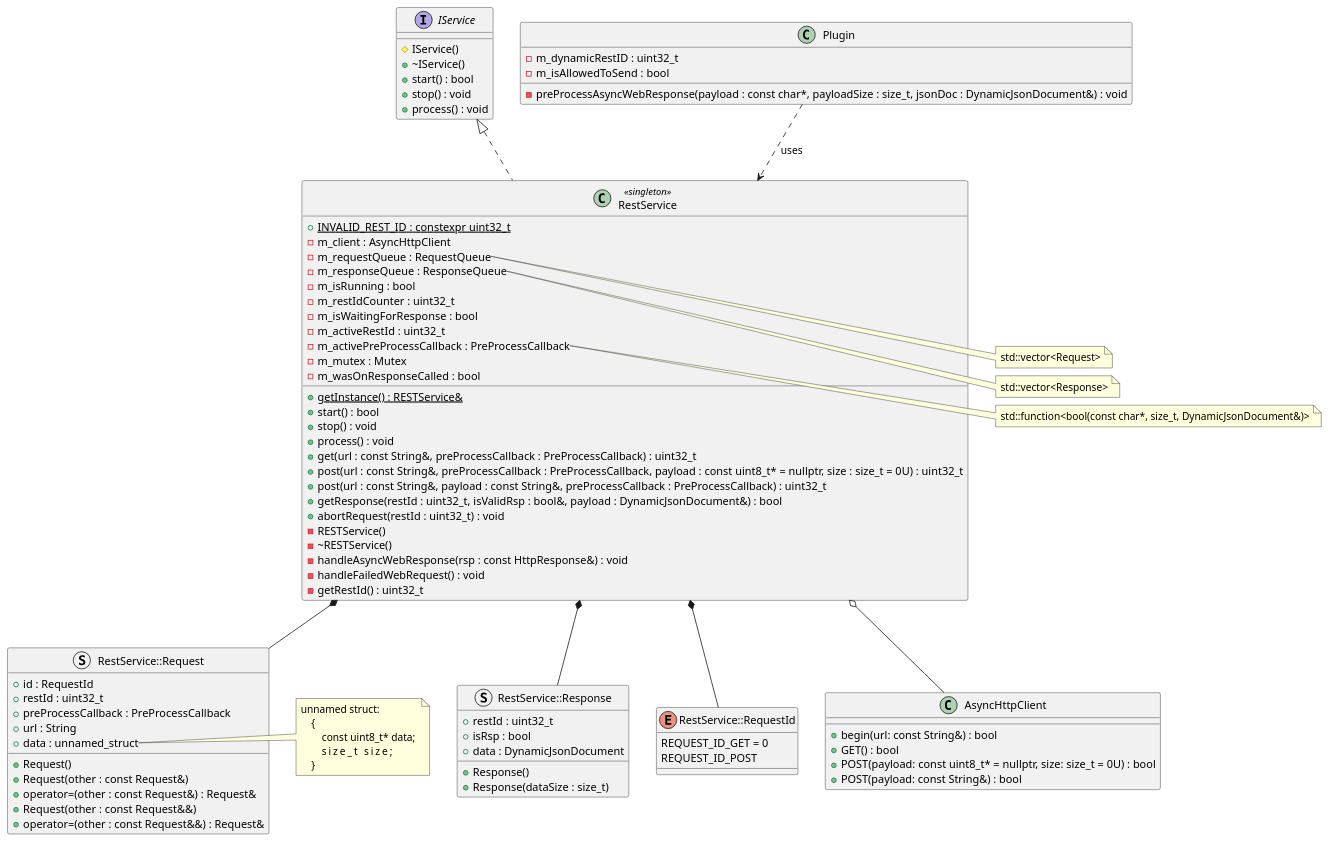
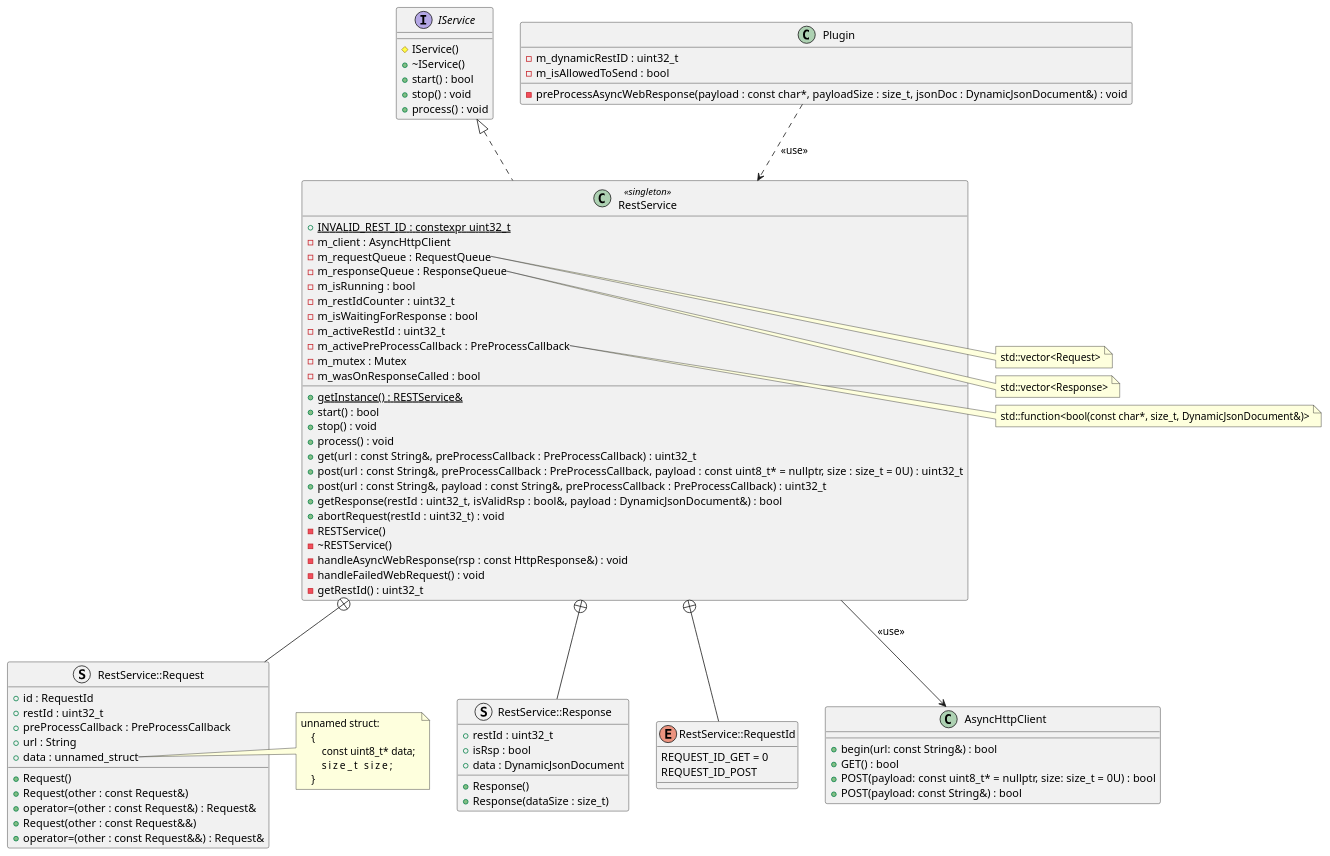
The diagram in doc/architecture/uml/rest_service.wsd (manmuqingshan/Pixelix), drawn with PlantUML before and after one commit. The commit also changed 2 other files, not shown here.

Commit message:
UML adjustments

```diff
--- a/doc/architecture/uml/rest_service.wsd
+++ b/doc/architecture/uml/rest_service.wsd
@@ -1,112 +1,112 @@
 @startuml RestService
 
 struct "RestService::Request" as Request
 
 interface IService{
     # IService()
     + ~IService()
     + start() : bool
     + stop() : void
     + process() : void
 }
 
 class RestService <<singleton>> {
     + {static} INVALID_REST_ID : constexpr uint32_t
     - m_client : AsyncHttpClient
     - m_requestQueue : RequestQueue
     - m_responseQueue : ResponseQueue
     - m_isRunning : bool
     - m_restIdCounter : uint32_t
     - m_isWaitingForResponse : bool
     - m_activeRestId : uint32_t
     - m_activePreProcessCallback : PreProcessCallback
     - m_mutex : Mutex
     - m_wasOnResponseCalled : bool
     + {static} getInstance() : RESTService&
     + start() : bool
     + stop() : void
     + process() : void
     + get(url : const String&, preProcessCallback : PreProcessCallback) : uint32_t
     + post(url : const String&, preProcessCallback : PreProcessCallback, payload : const uint8_t* = nullptr, size : size_t = 0U) : uint32_t
     + post(url : const String&, payload : const String&, preProcessCallback : PreProcessCallback) : uint32_t
     + getResponse(restId : uint32_t, isValidRsp : bool&, payload : DynamicJsonDocument&) : bool
     + abortRequest(restId : uint32_t) : void
     - RESTService()
     - ~RESTService()
     - handleAsyncWebResponse(rsp : const HttpResponse&) : void
     - handleFailedWebRequest() : void
     - getRestId() : uint32_t
 }
 
 note right of RestService::m_requestQueue
     std::vector<Request>
 end note
 
 note right of RestService::m_responseQueue
     std::vector<Response>
 end note
 
 note right of RestService::m_activePreProcessCallback
     std::function<bool(const char*, size_t, DynamicJsonDocument&)>
 end note 
 
 struct RestService::Response{
     + restId : uint32_t
     + isRsp : bool
     + data : DynamicJsonDocument
     + Response()
     + Response(dataSize : size_t)
 }
 
 enum RestService::RequestId{
     REQUEST_ID_GET = 0
     REQUEST_ID_POST
 }
 
 struct Request{
     + id : RequestId
     + restId : uint32_t
     + preProcessCallback : PreProcessCallback
     + url : String
     + data : unnamed_struct
     + Request()
     + Request(other : const Request&)
     + operator=(other : const Request&) : Request&
     + Request(other : const Request&&)
     + operator=(other : const Request&&) : Request&
 }
 
 note right of Request::data
     unnamed struct:
         {
             const uint8_t* data; 
             size_t         size; 
         }
 end note 
 
 class Plugin{
     - m_dynamicRestID : uint32_t
     - m_isAllowedToSend : bool
     - preProcessAsyncWebResponse(payload : const char*, payloadSize : size_t, jsonDoc : DynamicJsonDocument&) : void
 }
 
 class AsyncHttpClient{
     + begin(url: const String&) : bool
     + GET() : bool
     + POST(payload: const uint8_t* = nullptr, size: size_t = 0U) : bool
     + POST(payload: const String&) : bool
 }
 
-Plugin ..> RestService : uses
+Plugin ..> RestService : <<use>>
 
-RestService o-- AsyncHttpClient
+RestService --> AsyncHttpClient: <<use>>
 
-RestService *-- RestService::Response
+RestService +-- RestService::Response
 
-RestService *-- Request
+RestService +-- Request
 
-RestService *-- RestService::RequestId
+RestService +-- RestService::RequestId
 
 IService <|.. RestService
 
 @enduml
```
